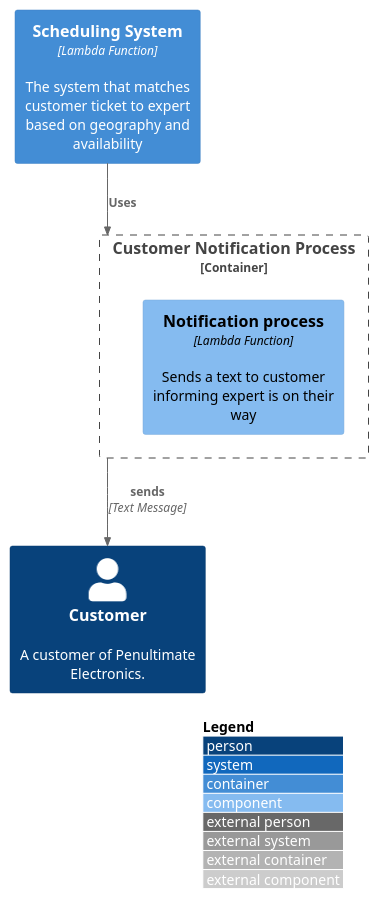
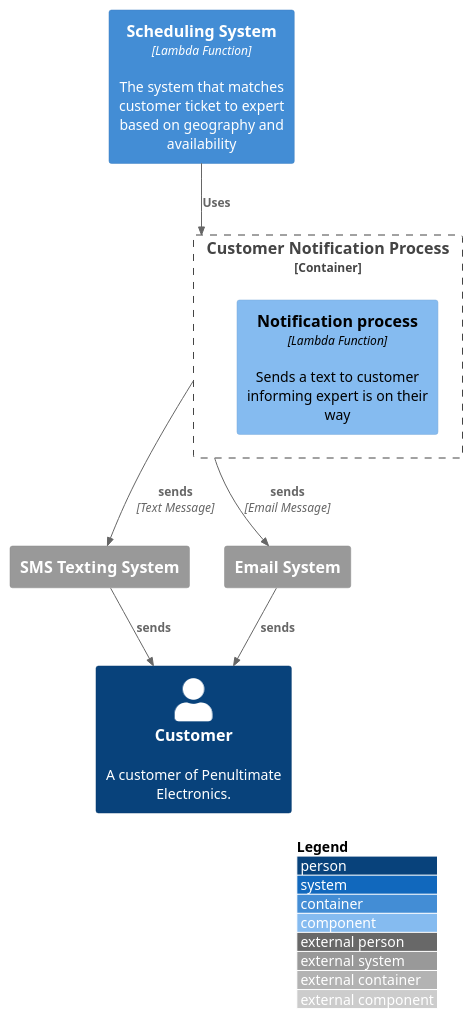
Before and after one commit to architectonics/sysopssquad: the diagram in src/1 Sysops Squad/Customer Notification System/container.puml, drawn with PlantUML. The commit also changed 1 other file, not shown here.

Commit message:
Changes to Notification  System

```diff
--- a/src/1 Sysops Squad/Customer Notification System/container.puml
+++ b/src/1 Sysops Squad/Customer Notification System/container.puml
@@ -1,16 +1,21 @@
 @startuml
 !include https://raw.githubusercontent.com/adrianvlupu/C4-PlantUML/latest/C4_Component.puml
 
 LAYOUT_WITH_LEGEND()
 
 Person(customer, "Customer", "A customer of Penultimate Electronics.")
+System_Ext(sms, "SMS Texting System")
+System_Ext(email, "Email System")
 
 Container(ss, "Scheduling System", "Lambda Function", "The system that matches customer ticket to expert based on geography and availability")
 Container_Boundary(cnp, "Customer Notification Process") {
     Component(notification, "Notification process", "Lambda Function", "Sends a text to customer informing expert is on their way")
 }
 
-Rel(cnp, customer, "sends", "Text Message")
+Rel(cnp, sms, "sends", "Text Message")
+Rel(cnp, email, "sends", "Email Message")
+Rel(sms, customer, "sends")
+Rel(email, customer, "sends")
 Rel(ss, cnp, "Uses")
 
 @enduml
```
